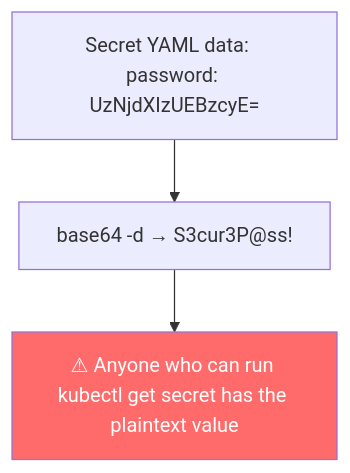
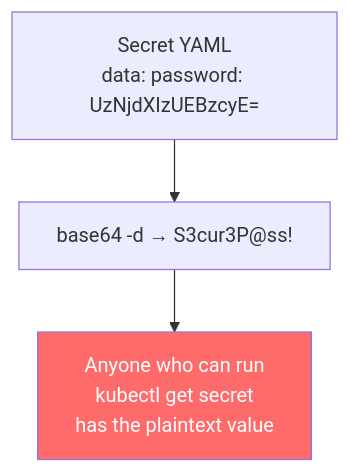
The second of 7 diagrams in 09_security/04_secrets_management.md (UncleJS/course_k3s), drawn with Mermaid before and after one commit. The commit also changed other lines of this file and 45 other files, not shown here.

First line of the commit message:
Expand all course lessons: Mermaid diagrams + rich prose across 43 files

````diff
--- a/09_security/04_secrets_management.md
+++ b/09_security/04_secrets_management.md
@@ -81,7 +86,9 @@
 ```mermaid
 flowchart TD
-    SECRET["Secret YAML data:   password: UzNjdXIzUEBzcyE="] --> DECODE["base64 -d → S3cur3P@ss!"]
-    DECODE --> NOTE["⚠ Anyone who can run kubectl get secret has the plaintext value"]
+    SECRET["Secret YAML<br/>data: password: UzNjdXIzUEBzcyE="]
+    DECODE["base64 -d → S3cur3P@ss!"]
+    NOTE["Anyone who can run<br/>kubectl get secret<br/>has the plaintext value"]
 
+    SECRET --> DECODE --> NOTE
     style NOTE fill:#ff6b6b,color:#fff
 ```
````
